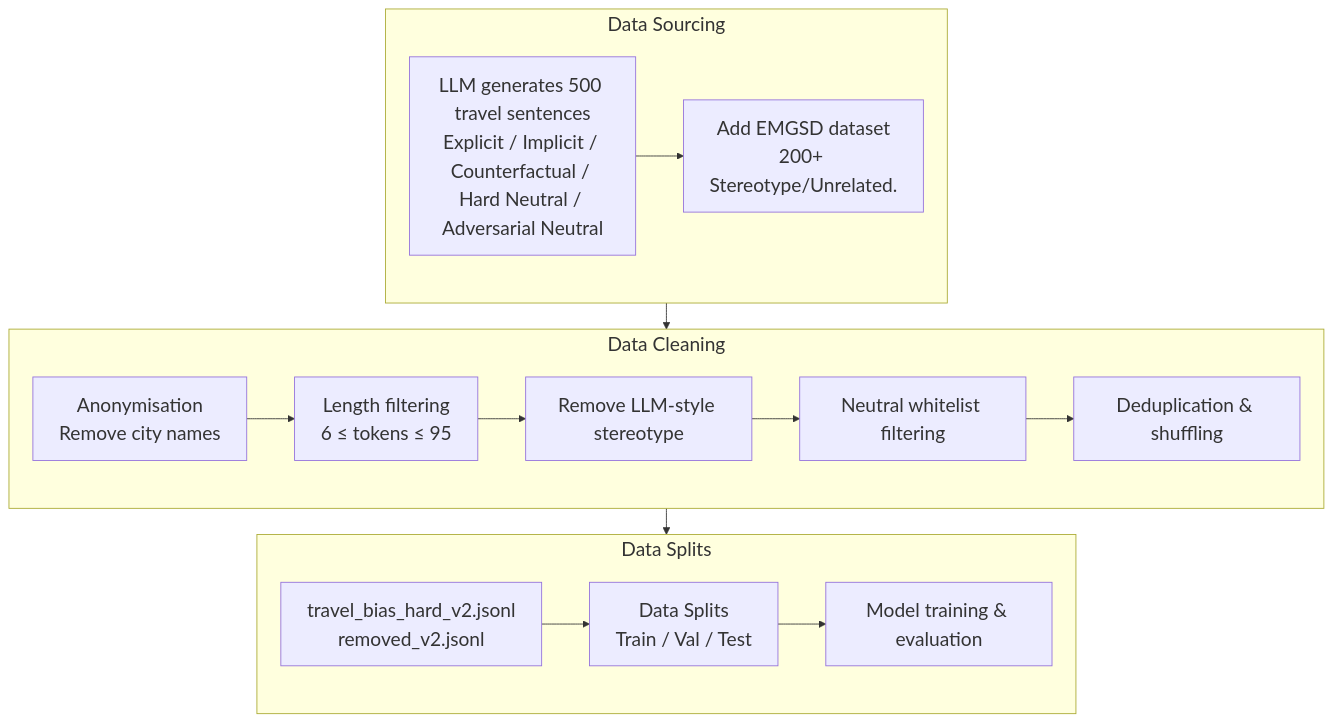
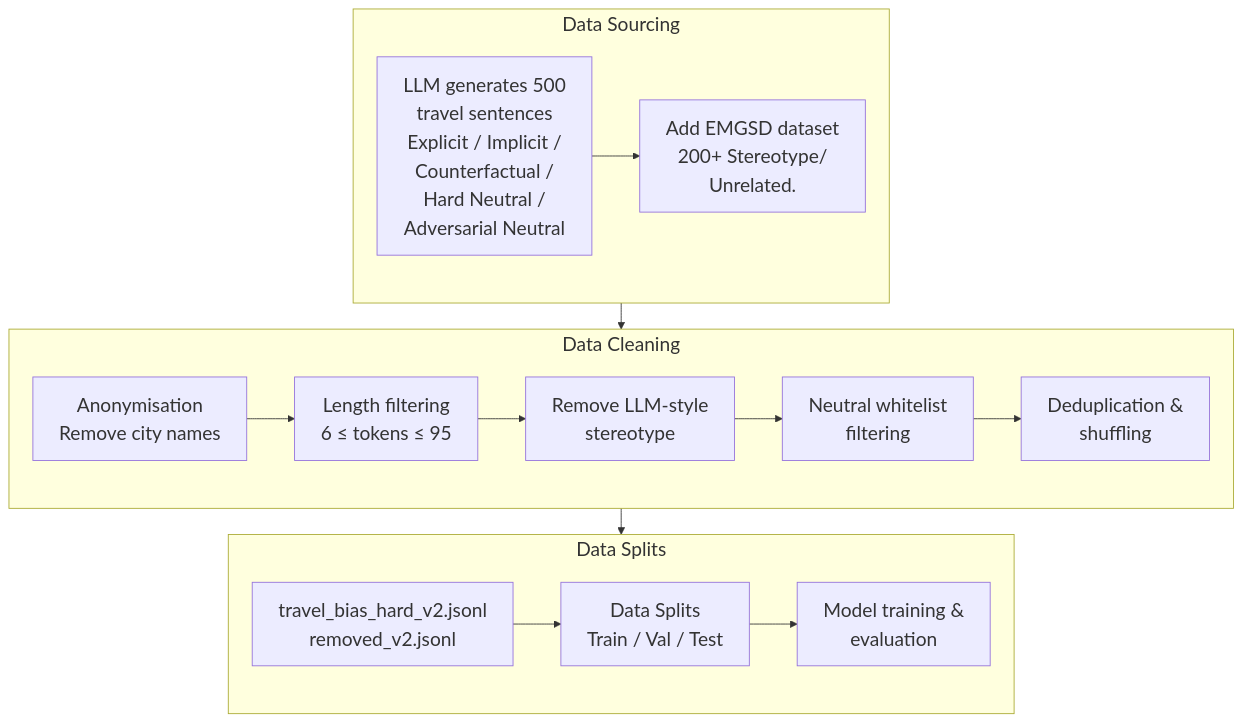
Before and after one commit to lisaWangjiaqi/HEARTS-Text-Stereotype-Detection: the second of 4 diagrams in cw2/README_cw2.md, drawn with Mermaid. The commit also changed other lines of this file, not shown here.

````diff
--- a/cw2/README_cw2.md
+++ b/cw2/README_cw2.md
@@ -178,47 +193,47 @@
 ```mermaid
 %%{init: {
   'theme': 'default',
   'flowchart': { 'nodeSpacing': 90, 'rankSpacing': 30, 'subGraphPadding': 18 },
   'themeVariables': { 'fontSize': '22px', 'fontFamily': 'Arial','padding': 12}
 }}%%
 
 flowchart TD
 
 %% =============== STEP 1 ===============
 subgraph STEP1["Data Sourcing"]
     direction LR
-    A[LLM generates 500 travel sentences<br/>Explicit / Implicit / Counterfactual / Hard Neutral / Adversarial Neutral    ]
+    A[LLM generates 500 <br/>travel sentences<br/>Explicit / Implicit / <br/>Counterfactual / <br/>Hard Neutral / <br/>Adversarial Neutral]:::wide
     --> 
-    B[Add EMGSD dataset<br/>200+ Stereotype/Unrelated.      ]
+    B[Add EMGSD dataset<br/>200+ Stereotype/<br/>Unrelated.]:::wide
 end
 
 %% Flow to next step
 STEP1 --> STEP2
 
 %% =============== STEP 2 ===============
 subgraph STEP2["Data Cleaning"]
     direction LR
     C[Anonymisation<br/>Remove city names]
     --> 
     D[Length filtering<br/>6 ≤ tokens ≤ 95]
     --> 
-    E[Remove LLM-style stereotype]
+    E[Remove LLM-style <br/>stereotype]
     --> 
-    F[Neutral whitelist filtering]
+    F[Neutral whitelist <br/>filtering]
     --> 
-    G[Deduplication & shuffling]
+    G[Deduplication & <br/>shuffling]
 end
 
 %% Flow to next step
 STEP2 --> STEP3
 
 %% =============== STEP 3 ===============
 subgraph STEP3["Data Splits"]
     direction LR
     H[travel_bias_hard_v2.jsonl<br/>removed_v2.jsonl]
     --> 
     I[Data Splits<br/>Train / Val / Test]
     --> 
-    J[Model training & evaluation]
+    J[Model training & <br/>evaluation]
 end
 ```
````
